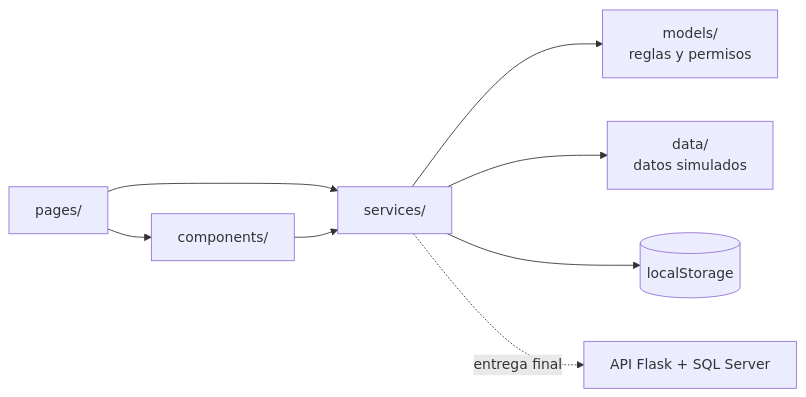
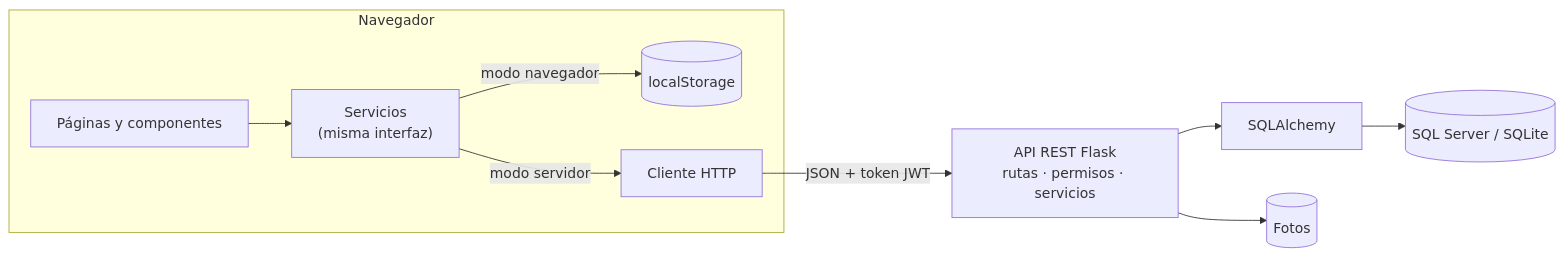
One commit to ElOne1415/ReportaCampus changed the diagram in README.md. Above: the diagram before and after it, drawn with Mermaid. The commit also changed other lines of this file and 1 other file, not shown here.

First line of the commit message:
docs: README final de la entrega

````diff
--- a/README.md
+++ b/README.md
@@ -116,10 +97,11 @@
 ```mermaid
 flowchart LR
-    P["pages/"] --> C["components/"]
-    P --> S["services/"]
-    C --> S
-    S --> M["models/<br/>reglas y permisos"]
-    S --> D["data/<br/>datos simulados"]
-    S --> L[("localStorage")]
-    S -. "entrega final" .-> API["API Flask + SQL Server"]
+    subgraph Navegador
+        P["Páginas y componentes"] --> S["Servicios<br/>(misma interfaz)"]
+        S -->|modo navegador| L[("localStorage")]
+        S -->|modo servidor| C["Cliente HTTP"]
+    end
+    C -- "JSON + token JWT" --> R["API REST Flask<br/>rutas · permisos · servicios"]
+    R --> O["SQLAlchemy"] --> D[("SQL Server / SQLite")]
+    R --> F[("Fotos")]
 ```
````
